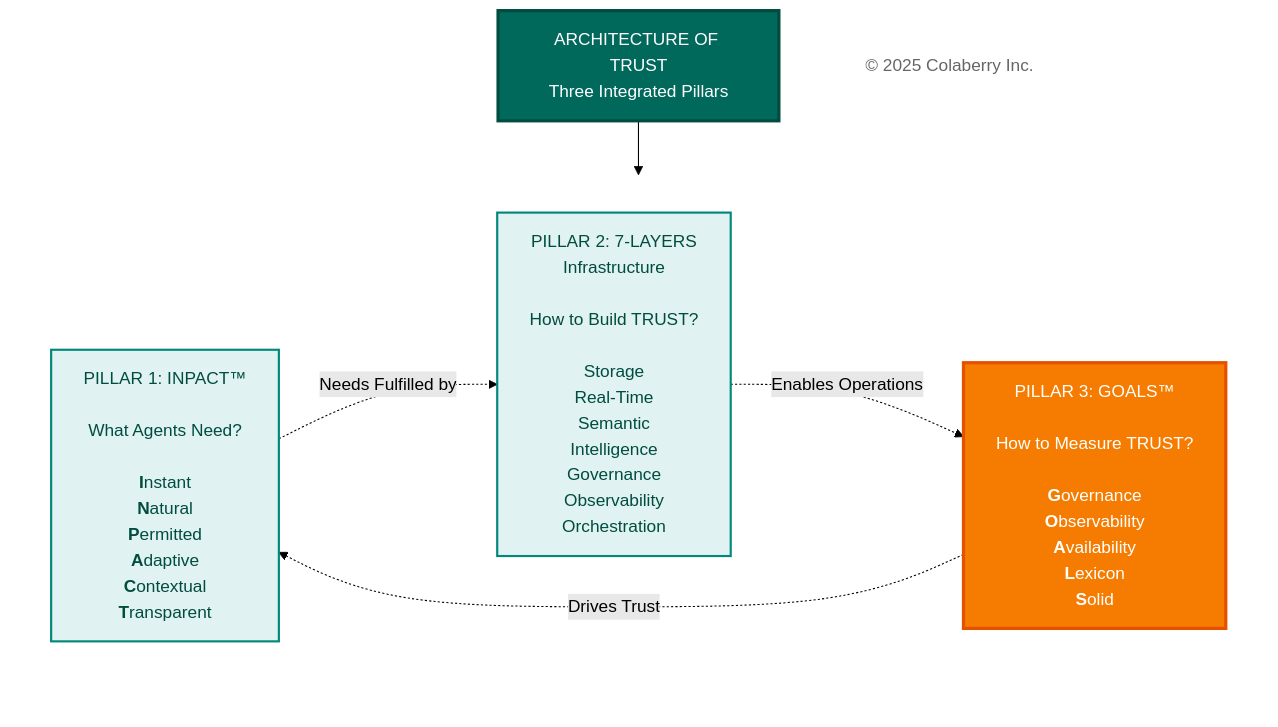
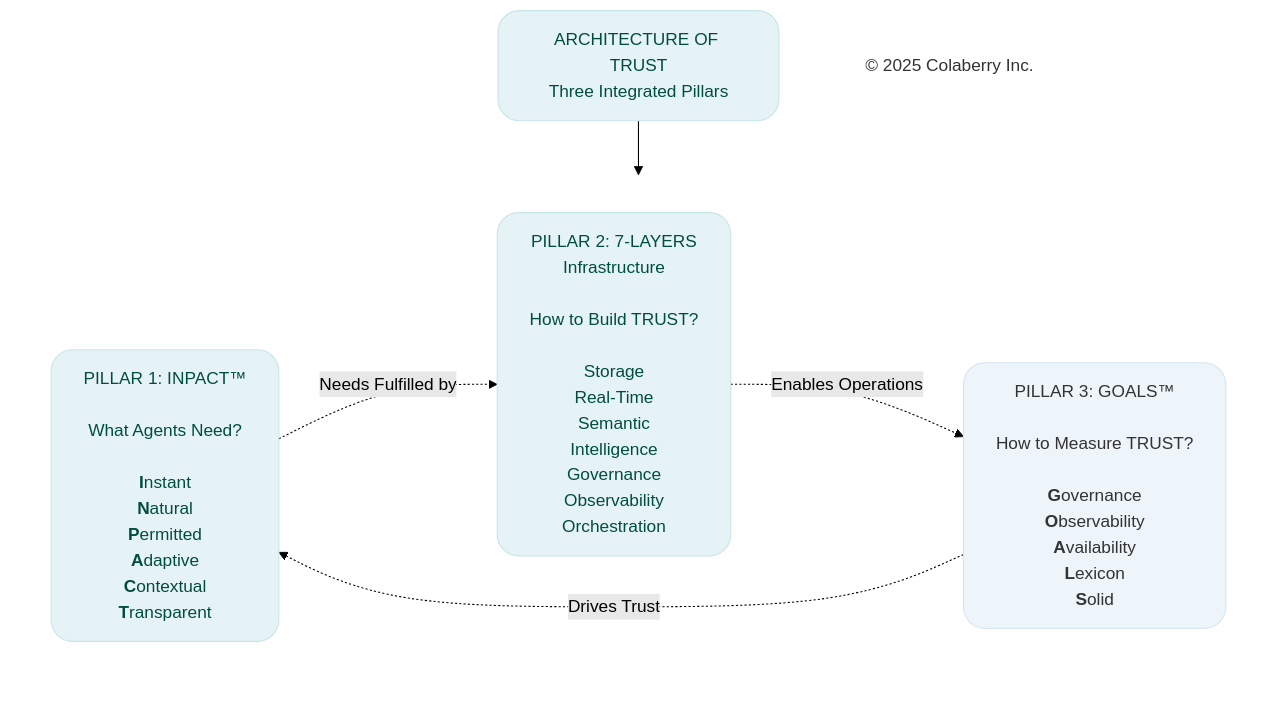
One commit to saitejesh-cyber/trust-before-intelligence-book changed the diagram in mermaid-source/figure-7-2.mmd. Above: the diagram before and after it, drawn with Mermaid (forest theme). The commit also changed 219 other files, not shown here.

Commit message:
Reapply PR #5 palette and regenerate smooth-edge figure PNGs

```diff
--- a/mermaid-source/figure-7-2.mmd
+++ b/mermaid-source/figure-7-2.mmd
@@ -1,27 +1,27 @@
 
 graph TB
     Title["ARCHITECTURE OF TRUST<br/>Three Integrated Pillars"]
     
     subgraph PILLARS[" "]
         direction LR
         INPACT["PILLAR 1: INPACT™<br/><br/>What Agents Need?<br/><br/><b>I</b>nstant<br/><b>N</b>atural<br/><b>P</b>ermitted<br/><b>A</b>daptive<br/><b>C</b>ontextual<br/><b>T</b>ransparent"]
         
         Layers["PILLAR 2: 7-LAYERS<br/>Infrastructure<br/><br/>How to Build TRUST?<br/><br/>Storage<br/>Real-Time<br/>Semantic<br/>Intelligence<br/>Governance<br/>Observability<br/>Orchestration"]
         
         GOALS["PILLAR 3: GOALS™<br/><br/>How to Measure TRUST?<br/><br/><b>G</b>overnance<br/><b>O</b>bservability<br/><b>A</b>vailability<br/><b>L</b>exicon<br/><b>S</b>olid"]
     end
     
     Copyright["© 2025 Colaberry Inc."]
     
     Title --> PILLARS
     
     INPACT -.->|"Needs Fulfilled by"| Layers
     Layers -.->|"Enables Operations"| GOALS
     GOALS -.->|"Drives Trust"| INPACT
     
-    style Title fill:#00695c,color:#ffffff,stroke:#004d40,stroke-width:3px
+    style Title fill:#e6f3f6,stroke:#c7e3ea,stroke-width:1px,color:#004d40,rx:20,ry:20
     style PILLARS fill:none,stroke:none
-    style INPACT fill:#e0f2f1,stroke:#00897b,stroke-width:2px,color:#004d40
-    style Layers fill:#e0f2f1,stroke:#00897b,stroke-width:2px,color:#004d40
-    style GOALS fill:#f57c00,stroke:#e65100,stroke-width:3px,color:#ffffff
-    style Copyright fill:#ffffff,stroke:none,color:#666666
+    style INPACT fill:#e6f3f6,stroke:#c7e3ea,stroke-width:1px,color:#004d40,rx:20,ry:20
+    style Layers fill:#e6f3f6,stroke:#c7e3ea,stroke-width:1px,color:#004d40,rx:20,ry:20
+    style GOALS fill:#edf4fa,stroke:#d6e4f2,stroke-width:1px,color:#333333,rx:20,ry:20
+    style Copyright fill:none,stroke:none,color:#333333
```
